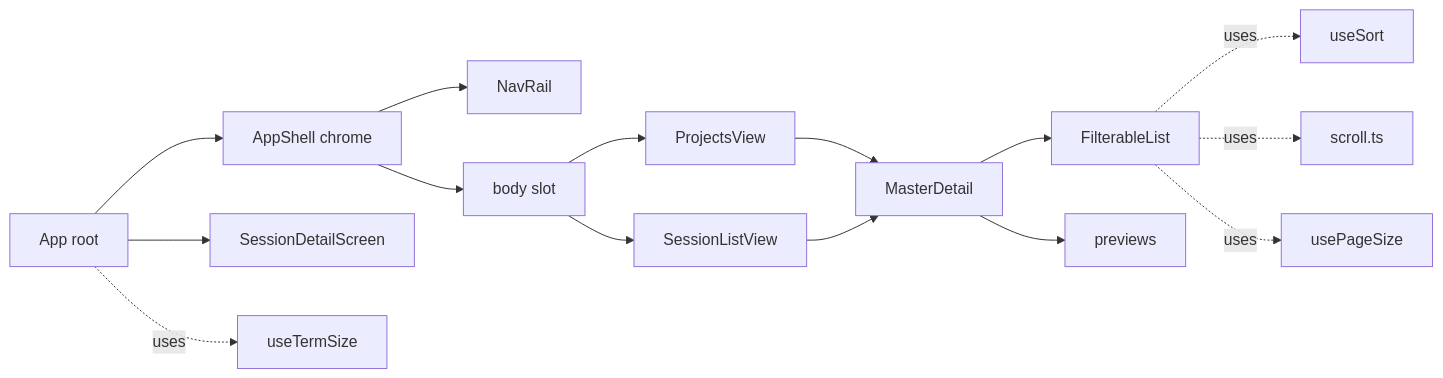
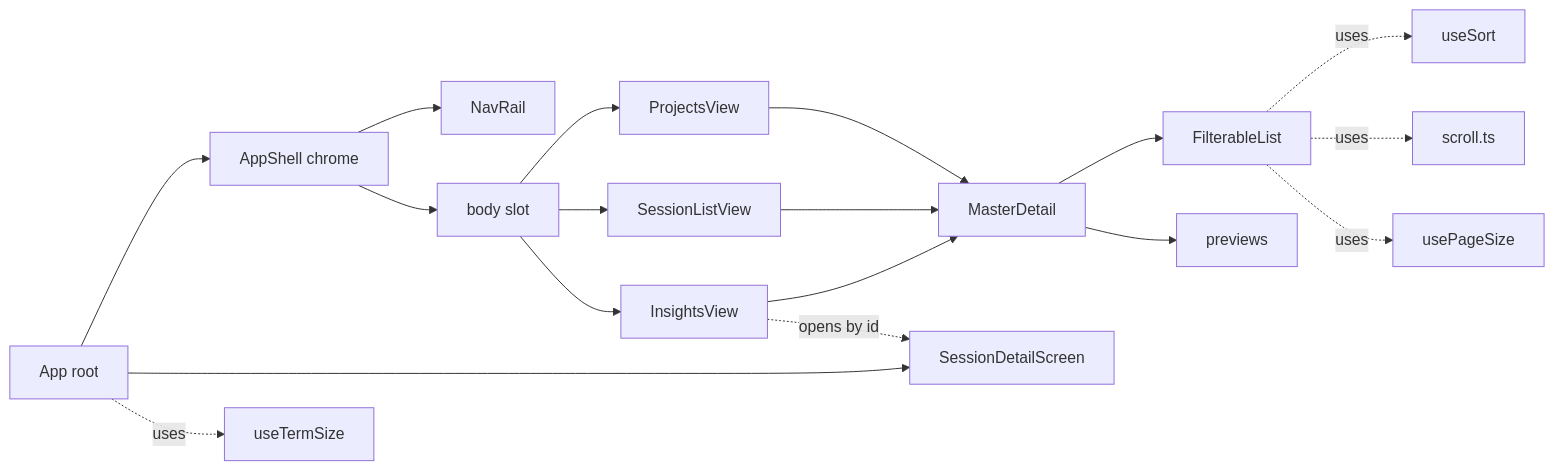
One commit to yorch/cc-analyzer changed the diagram in wiki/4-tui.md. Above: the diagram before and after it, drawn with Mermaid. The commit also changed other lines of this file and 4 other files, not shown here.

````diff
--- a/wiki/4-tui.md
+++ b/wiki/4-tui.md
@@ -32,19 +33,22 @@
 ```mermaid
 flowchart LR
     App[App root] --> Shell[AppShell chrome]
     Shell --> Rail[NavRail]
     Shell --> Body[body slot]
     Body --> Projects[ProjectsView]
     Body --> Sessions[SessionListView]
+    Body --> Insights[InsightsView]
     App --> Detail[SessionDetailScreen]
 
     Projects --> MD[MasterDetail]
     Sessions --> MD
+    Insights --> MD
     MD --> List[FilterableList]
     MD --> Preview[previews]
 
+    Insights -.opens by id.-> Detail
     List -.uses.-> Sort[useSort]
     List -.uses.-> Scroll[scroll.ts]
     App -.uses.-> Term[useTermSize]
     List -.uses.-> Page[usePageSize]
 ```
````
